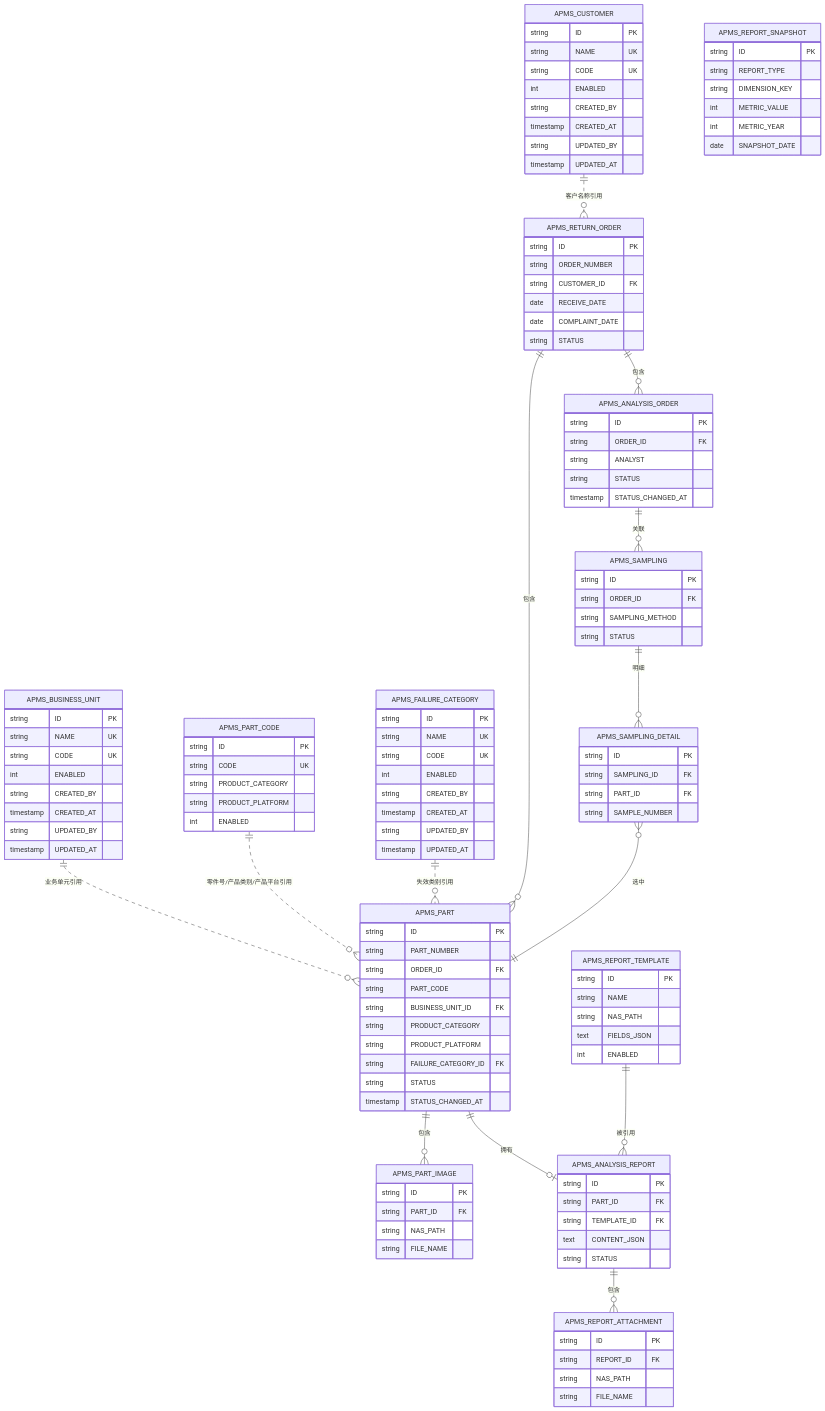
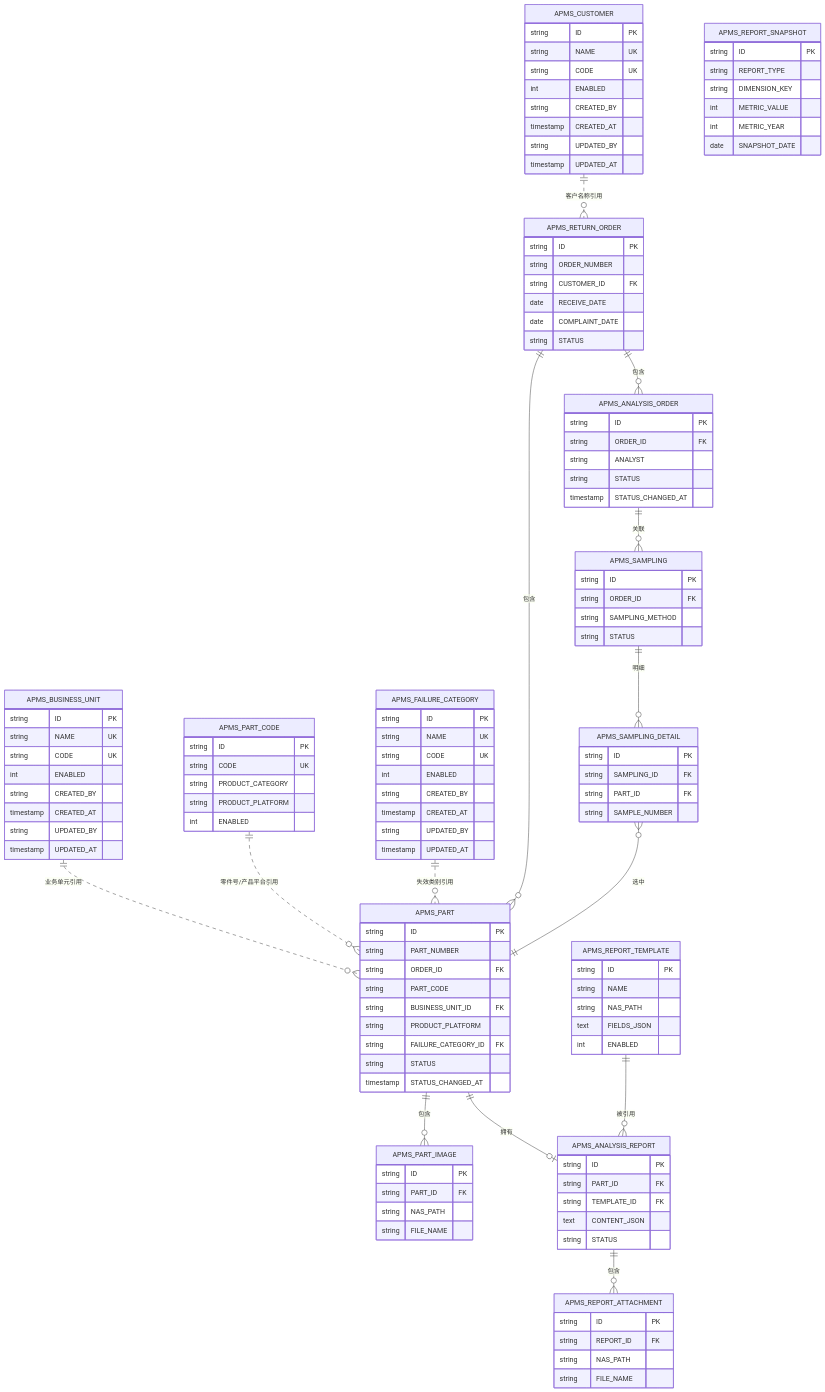
Before and after one commit to xvfeiran/wfam-doc: diagram 15 of 15 in 01-设计文档/开发设计文档.md, drawn with Mermaid. The commit also changed other lines of this file and 1 other file, not shown here.

```diff
--- a/01-设计文档/开发设计文档.md
+++ b/01-设计文档/开发设计文档.md
@@ -1175,7 +1175,6 @@
         string ORDER_ID FK
         string PART_CODE
         string BUSINESS_UNIT_ID FK
-        string PRODUCT_CATEGORY
         string PRODUCT_PLATFORM
         string FAILURE_CATEGORY_ID FK
         string STATUS
@@ -1236,7 +1235,7 @@
     }
     APMS_CUSTOMER ||..o{ APMS_RETURN_ORDER : "客户名称引用"
     APMS_BUSINESS_UNIT ||..o{ APMS_PART : "业务单元引用"
-    APMS_PART_CODE ||..o{ APMS_PART : "零件号/产品类别/产品平台引用"
+    APMS_PART_CODE ||..o{ APMS_PART : "零件号/产品平台引用"
     APMS_FAILURE_CATEGORY ||..o{ APMS_PART : "失效类别引用"
     APMS_RETURN_ORDER ||--o{ APMS_PART : "包含"
     APMS_RETURN_ORDER ||--o{ APMS_ANALYSIS_ORDER : "包含"
```
